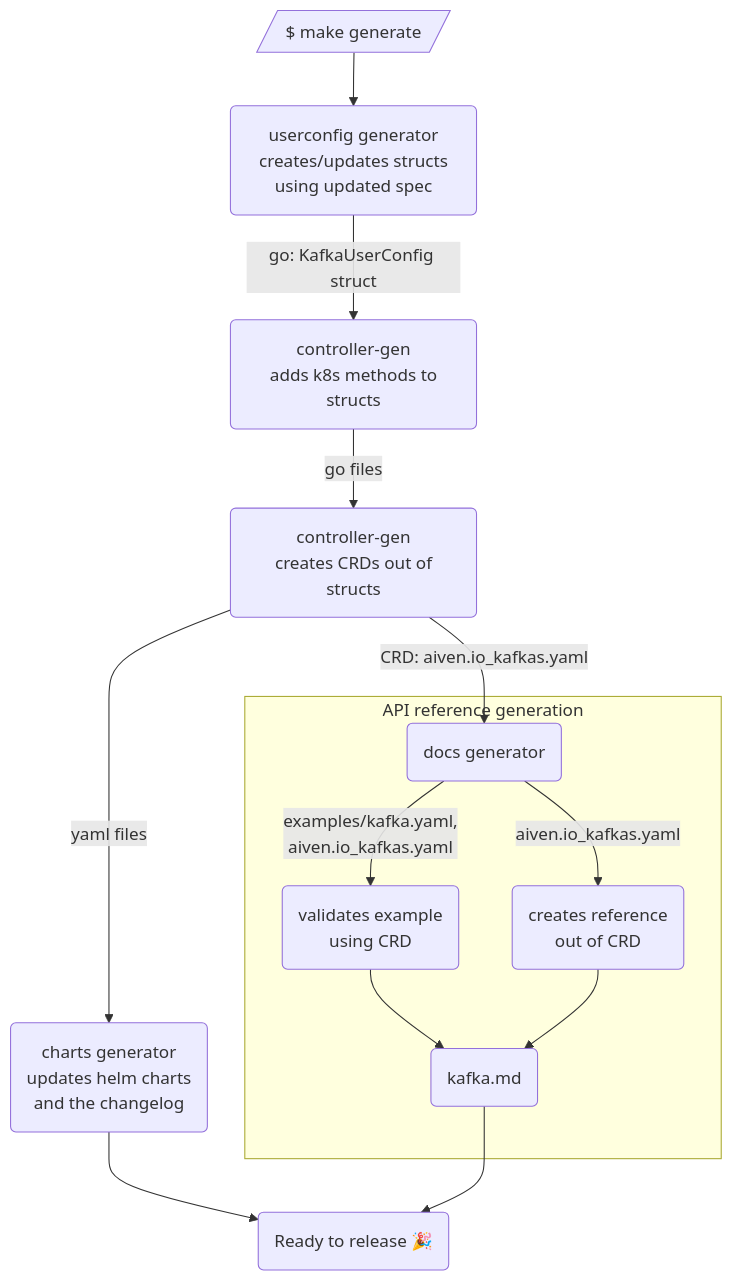
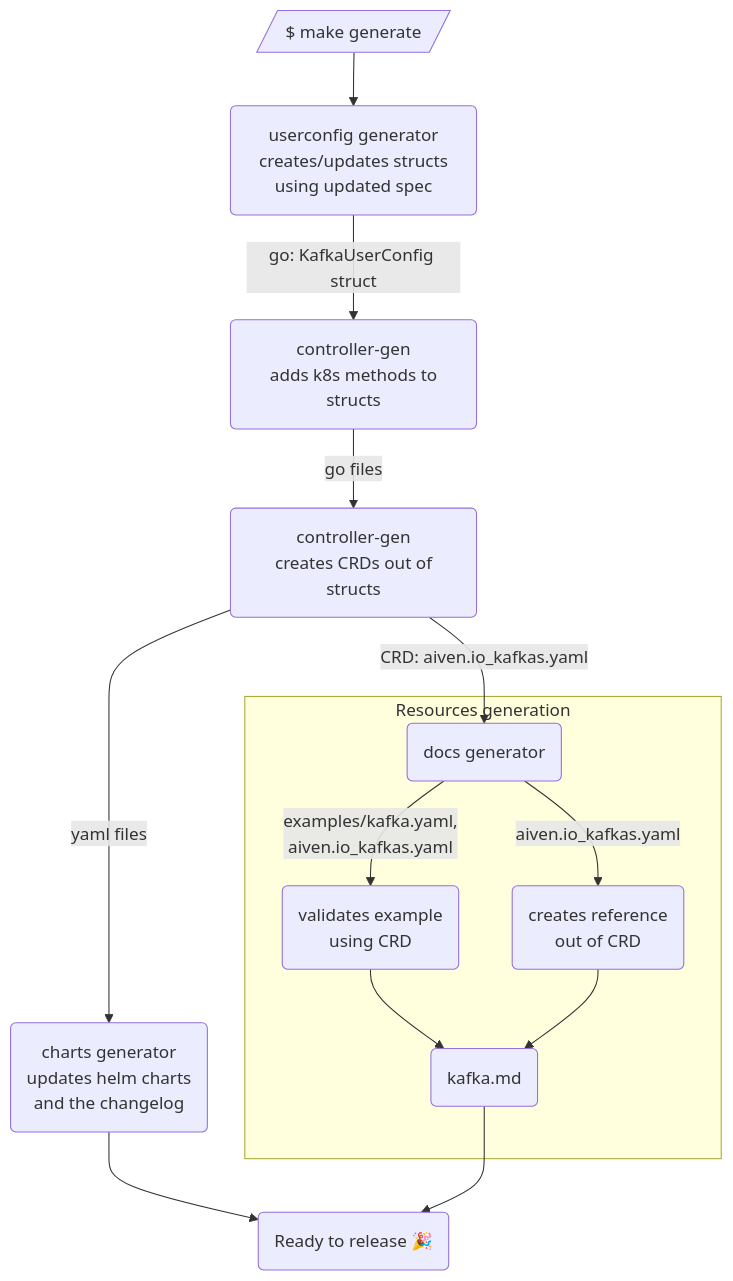
Before and after one commit to aiven/aiven-operator: the second of 2 diagrams in docs/docs/contributing/resource-generation.md, drawn with Mermaid. The commit also changed other lines of this file and 93 other files, not shown here.

First line of the commit message:
docs: rename API Reference to Resources

````diff
--- a/docs/docs/contributing/resource-generation.md
+++ b/docs/docs/contributing/resource-generation.md
@@ -63,16 +63,16 @@
 ```mermaid
 flowchart TB
     Make[/$ make generate/]-->Generator(userconfig generator<br> creates/updates structs using updated spec)
     Generator-->|go: KafkaUserConfig struct| K8S(controller-gen<br> adds k8s methods to structs)
     K8S-->|go files| CRD(controller-gen<br> creates CRDs out of structs)
     CRD-->|CRD: aiven.io_kafkas.yaml| Docs(docs generator)
-    subgraph API reference generation
+    subgraph Resources generation
         Docs-->|aiven.io_kafkas.yaml|Reference(creates reference<br> out of CRD)
         Docs-->|examples/kafka.yaml,<br> aiven.io_kafkas.yaml|Examples(validates example<br> using CRD)
         Examples--> Markdown(creates docs out of CRDs, adds examples)
         Reference-->Markdown(kafka.md)
     end
     CRD-->|yaml files|Charts(charts generator<br> updates helm charts<br> and the changelog)
     Charts-->ToRelease("Ready to release 🎉")
     Markdown-->ToRelease
 ```
````
